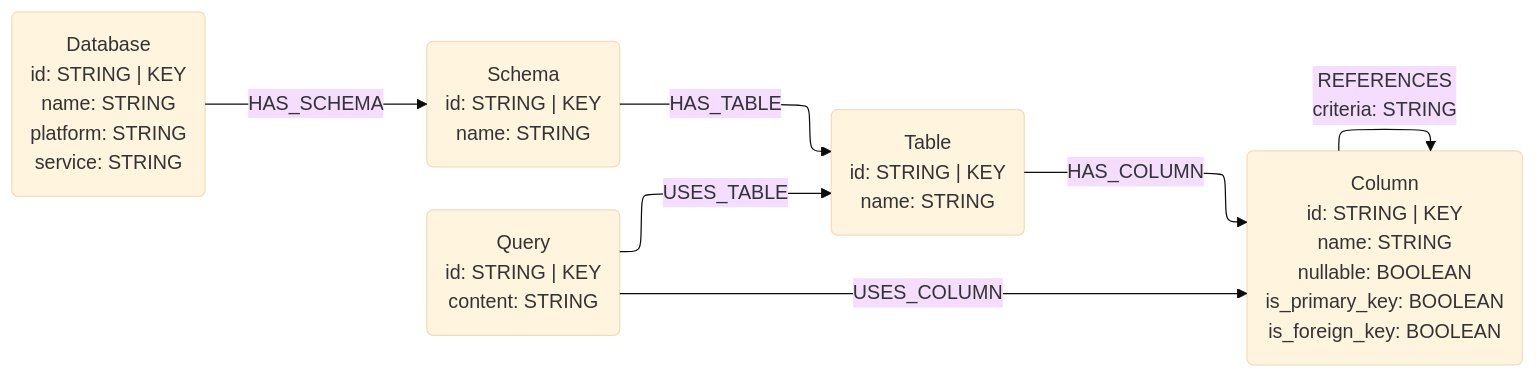
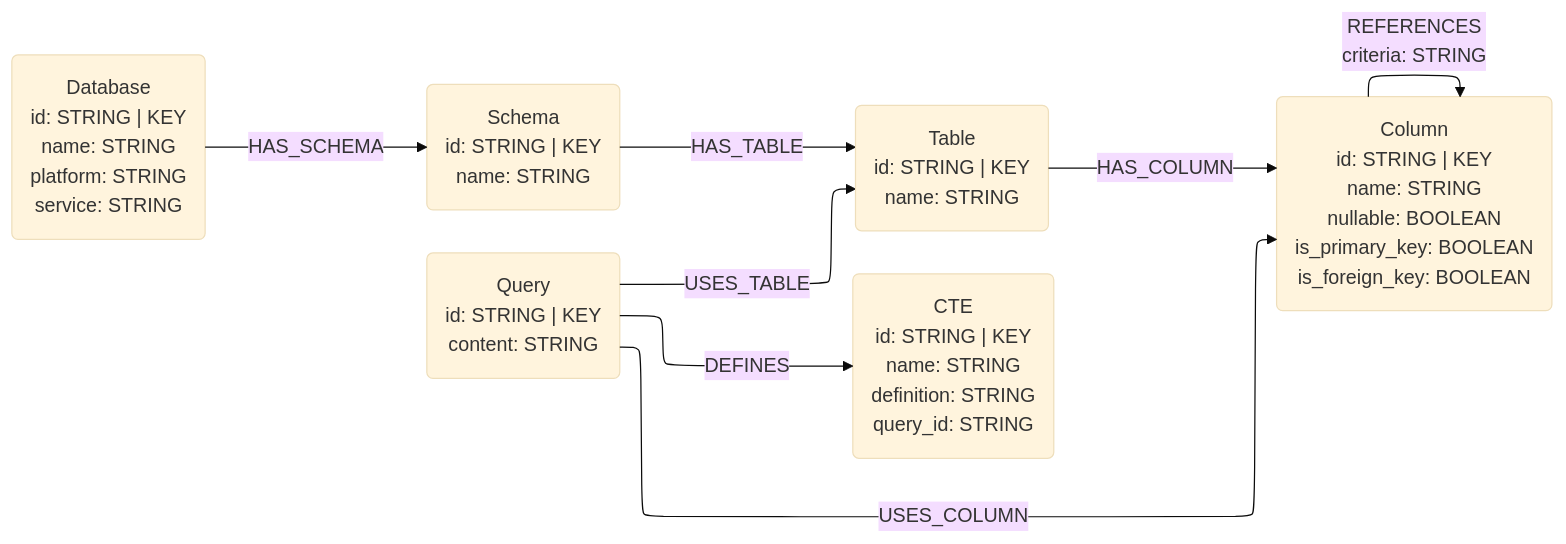
The diagram in neocarta/connectors/query_log/README.md (neo4j-labs/neocarta), drawn with Mermaid (base theme) before and after one commit. The commit also changed other lines of this file and 20 other files, not shown here.

Commit message:
update data model diagrams and readmes

````diff
--- a/neocarta/connectors/query_log/README.md
+++ b/neocarta/connectors/query_log/README.md
@@ -22,21 +22,23 @@
 ```mermaid
 ---
 config:
     layout: elk
 ---
 graph LR
 %% Nodes
 Database("Database<br/>id: STRING | KEY<br/>name: STRING<br/>platform: STRING<br/>service: STRING")
 Schema("Schema<br/>id: STRING | KEY<br/>name: STRING")
 Table("Table<br/>id: STRING | KEY<br/>name: STRING")
 Column("Column<br/>id: STRING | KEY<br/>name: STRING<br/>nullable: BOOLEAN<br/>is_primary_key: BOOLEAN<br/>is_foreign_key: BOOLEAN")
 Query("Query<br/>id: STRING | KEY<br/>content: STRING")
+CTE("CTE<br/>id: STRING | KEY<br/>name: STRING<br/>definition: STRING<br/>query_id: STRING")
 
 %% Relationships
 Database -->|HAS_SCHEMA| Schema
 Schema -->|HAS_TABLE| Table
 Table -->|HAS_COLUMN| Column
 Column -->|REFERENCES<br/>criteria: STRING| Column
 Query -->|USES_TABLE| Table
 Query -->|USES_COLUMN| Column
+Query -->|DEFINES| CTE
 ```
````
